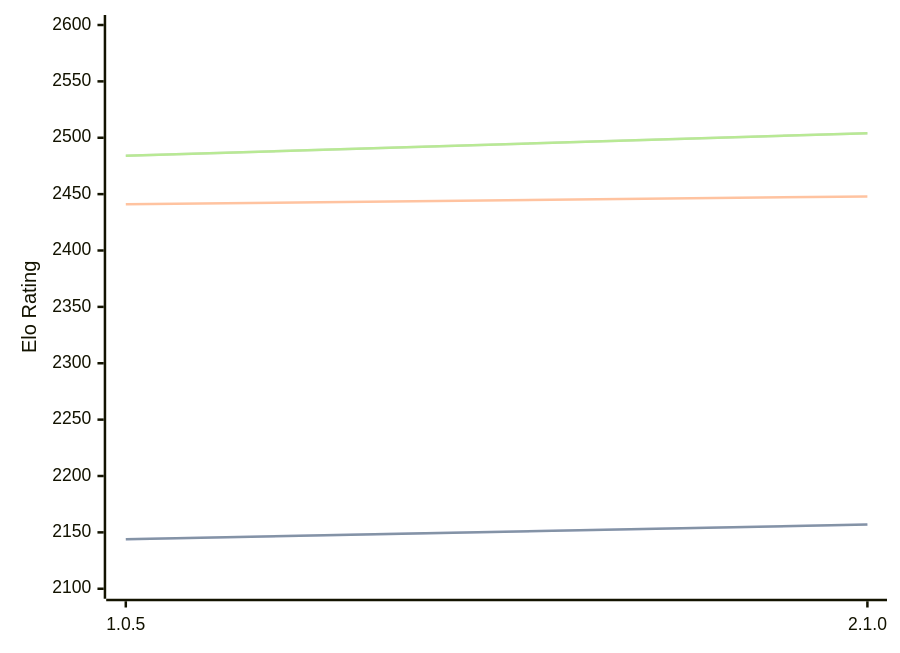
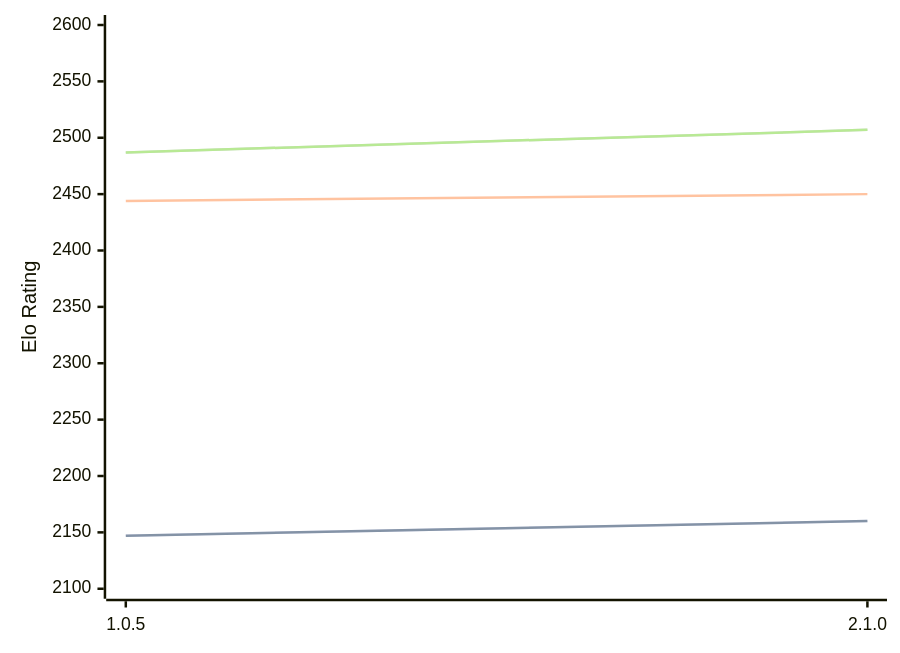
The diagram in engines/Ruffian.md (computer-chess-index/cci), drawn with Mermaid before and after one commit. The commit also changed other lines of this file, not shown here.

Commit message:
Update CCI Ratings (ELO VLTC) - 2026-09-24

````diff
--- a/engines/Ruffian.md
+++ b/engines/Ruffian.md
@@ -32,11 +32,11 @@
 ```mermaid
 %%{init: {"theme":"base","themeVariables":{"seriesColors:['#a3a3a3','#222221','#faa371']}}}%%
 xychart-beta
   x-axis ["1.0.5", "2.1.0"]
   y-axis "Elo Rating" 2100 --> 2600
-  line "" [2144, 2157]
-  line "STC (8.0+0.08s)" [2144, 2157]
-  line "LTC (60.0+0.60s)" [2441, 2448]
-  line "" [2484, 2504]
-  line "VLTC (2m24s+1.12s)" [2484, 2504]
+  line "" [2147, 2160]
+  line "STC (8.0+0.08s)" [2147, 2160]
+  line "LTC (60.0+0.60s)" [2444, 2450]
+  line "" [2487, 2507]
+  line "VLTC (2m24s+1.12s)" [2487, 2507]
 ```
````
